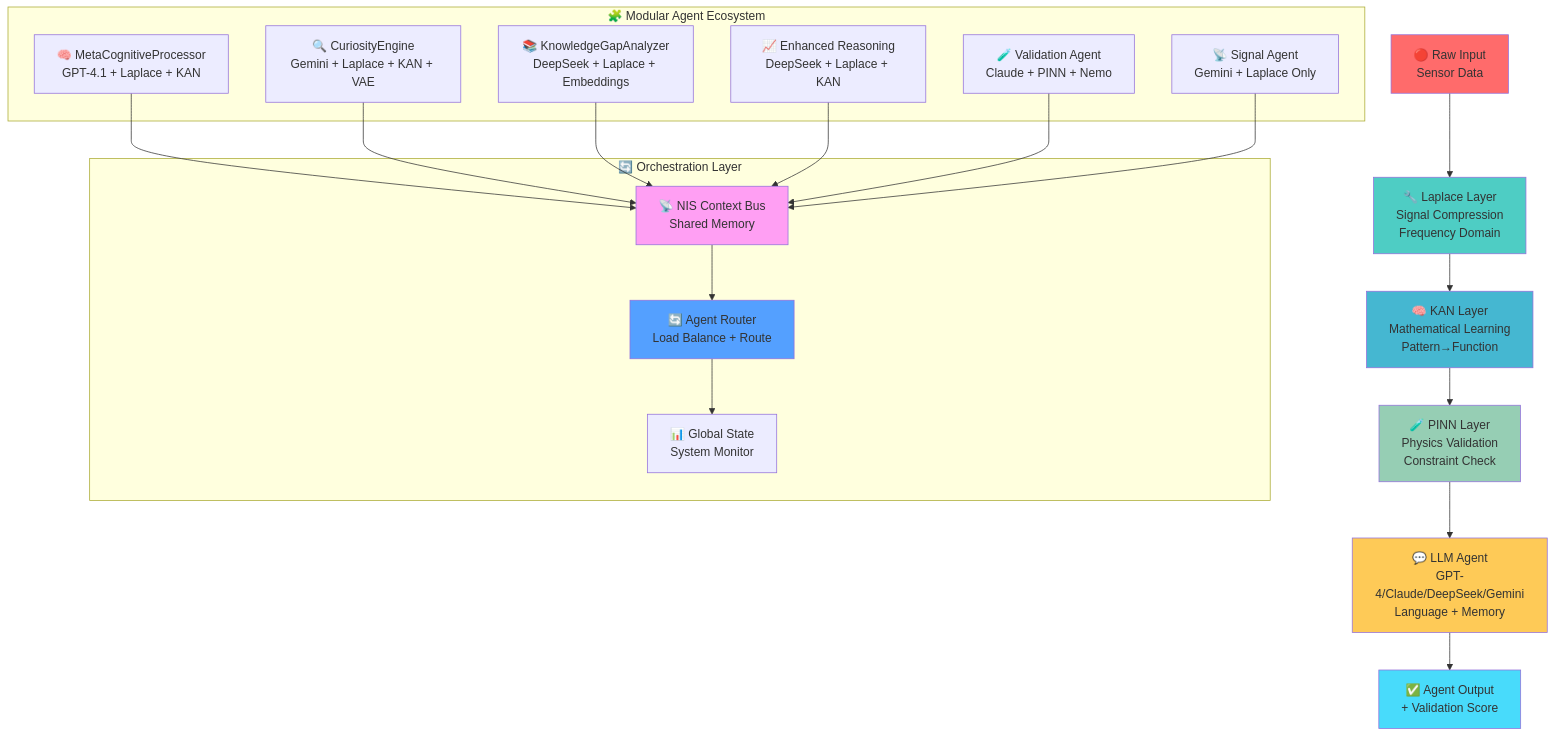
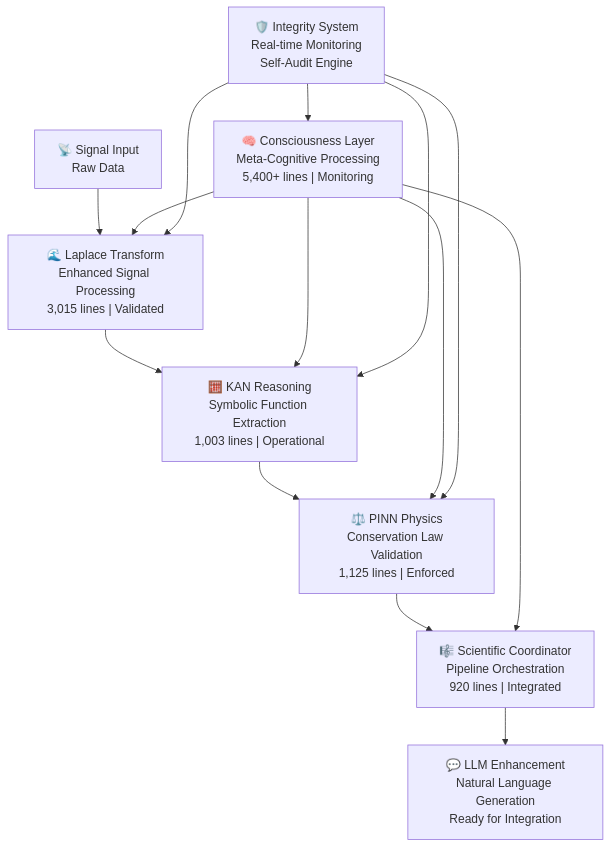
One commit to Organica-Ai-Solutions/NIS_Protocol changed the first of 2 diagrams in README.md. Above: the diagram before and after it, drawn with Mermaid. The commit also changed other lines of this file and 38 other files, not shown here.

````diff
--- a/README.md
+++ b/README.md
@@ -45,42 +48,18 @@
 ```mermaid
 graph TD
-    A["🔴 Raw Input<br/>Sensor Data"] --> B["🔧 Laplace Layer<br/>Signal Compression<br/>Frequency Domain"]
-    B --> C["🧠 KAN Layer<br/>Mathematical Learning<br/>Pattern→Function"]
-    C --> D["🧪 PINN Layer<br/>Physics Validation<br/>Constraint Check"]
-    D --> E["💬 LLM Agent<br/>GPT-4/Claude/DeepSeek/Gemini<br/>Language + Memory"]
-    E --> F["✅ Agent Output<br/>+ Validation Score"]
+    A["📡 Signal Input<br/>Raw Data"] --> B["🌊 Laplace Transform<br/>Enhanced Signal Processing<br/>3,015 lines | Validated"]
+    B --> C["🧮 KAN Reasoning<br/>Symbolic Function Extraction<br/>1,003 lines | Operational"]
+    C --> D["⚖️ PINN Physics<br/>Conservation Law Validation<br/>1,125 lines | Enforced"]
+    D --> E["🎼 Scientific Coordinator<br/>Pipeline Orchestration<br/>920 lines | Integrated"]
+    E --> F["💬 LLM Enhancement<br/>Natural Language Generation<br/>Ready for Integration"]
     
-    subgraph "🧩 Modular Agent Ecosystem"
-        G["🧠 MetaCognitiveProcessor<br/>GPT-4.1 + Laplace + KAN"]
-        H["🔍 CuriosityEngine<br/>Gemini + Laplace + KAN + VAE"]
-        I["📚 KnowledgeGapAnalyzer<br/>DeepSeek + Laplace + Embeddings"]
-        J["📈 Enhanced Reasoning<br/>DeepSeek + Laplace + KAN"]
-        K["🧪 Validation Agent<br/>Claude + PINN + Nemo"]
-        L["📡 Signal Agent<br/>Gemini + Laplace Only"]
-    end
+    G["🧠 Consciousness Layer<br/>Meta-Cognitive Processing<br/>5,400+ lines | Monitoring"] --> B
+    G --> C
+    G --> D
+    G --> E
     
-    subgraph "🔄 Orchestration Layer"
-        M["📡 NIS Context Bus<br/>Shared Memory"]
-        N["🔄 Agent Router<br/>Load Balance + Route"]
-        O["📊 Global State<br/>System Monitor"]
-    end
-    
-    G --> M
-    H --> M
-    I --> M
-    J --> M
-    K --> M
-    L --> M
-    
-    M --> N
-    N --> O
-    
-    style A fill:#ff6b6b
-    style B fill:#4ecdc4
-    style C fill:#45b7d1
-    style D fill:#96ceb4
-    style E fill:#feca57
-    style F fill:#48dbfb
-    style M fill:#ff9ff3
-    style N fill:#54a0ff
+    H["🛡️ Integrity System<br/>Real-time Monitoring<br/>Self-Audit Engine"] --> G
+    H --> B
+    H --> C
+    H --> D
 ```
````
